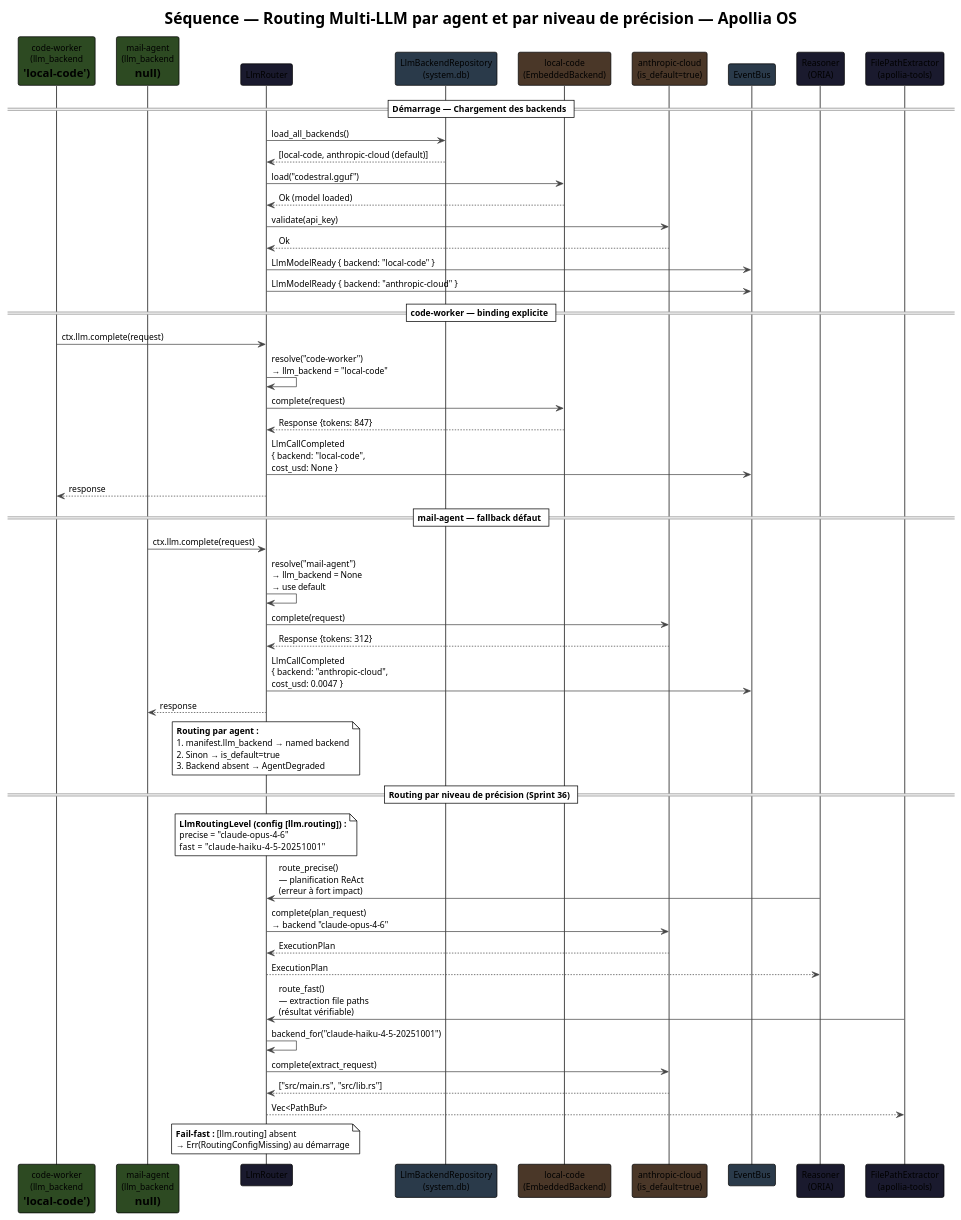
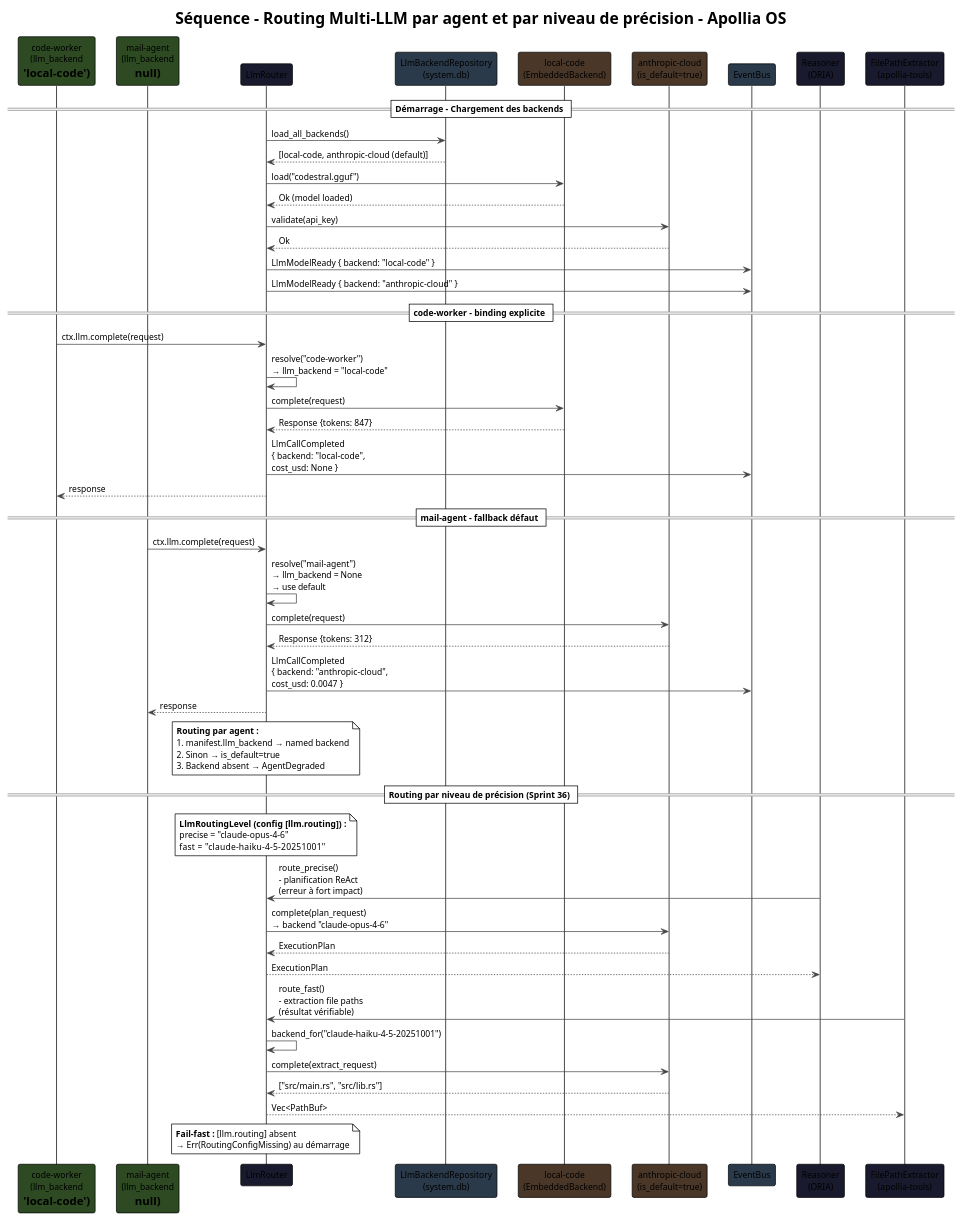
One commit to nidal-z/apollia-os changed the diagram in docs/diagrams/seq-multi-llm-routing.puml. Above: the diagram before and after it, drawn with PlantUML. The commit also changed 863 other files, not shown here.

```diff
--- a/docs/diagrams/seq-multi-llm-routing.puml
+++ b/docs/diagrams/seq-multi-llm-routing.puml
@@ -1,81 +1,81 @@
 @startuml seq-multi-llm-routing
 !theme plain
 skinparam backgroundColor #FFFFFF
 skinparam defaultFontName "JetBrains Mono"
 skinparam defaultFontSize 12
 skinparam ArrowColor #444444
 skinparam BorderColor #444444
-title Séquence — Routing Multi-LLM par agent et par niveau de précision — Apollia OS
+title Séquence - Routing Multi-LLM par agent et par niveau de précision - Apollia OS
 
 participant "code-worker\n(llm_backend\n= 'local-code')" as cw #2d4a22
 participant "mail-agent\n(llm_backend\n= null)" as ma #2d4a22
 participant "LlmRouter" as router #1a1a2e
 participant "LlmBackendRepository\n(system.db)" as repo #2a3a4a
 participant "local-code\n(EmbeddedBackend)" as local #4a3728
 participant "anthropic-cloud\n(is_default=true)" as cloud #4a3728
 participant "EventBus" as bus #2a3a4a
 
-== Démarrage — Chargement des backends ==
+== Démarrage - Chargement des backends ==
 
 router -> repo : load_all_backends()
 repo --> router : [local-code, anthropic-cloud (default)]
 router -> local : load("codestral.gguf")
 local --> router : Ok (model loaded)
 router -> cloud : validate(api_key)
 cloud --> router : Ok
 router -> bus : LlmModelReady { backend: "local-code" }
 router -> bus : LlmModelReady { backend: "anthropic-cloud" }
 
-== code-worker — binding explicite ==
+== code-worker - binding explicite ==
 
 cw -> router : ctx.llm.complete(request)
 router -> router : resolve("code-worker")\n→ llm_backend = "local-code"
 router -> local : complete(request)
 local --> router : Response {tokens: 847}
 router -> bus : LlmCallCompleted\n{ backend: "local-code",\ncost_usd: None }
 router --> cw : response
 
-== mail-agent — fallback défaut ==
+== mail-agent - fallback défaut ==
 
 ma -> router : ctx.llm.complete(request)
 router -> router : resolve("mail-agent")\n→ llm_backend = None\n→ use default
 router -> cloud : complete(request)
 cloud --> router : Response {tokens: 312}
 router -> bus : LlmCallCompleted\n{ backend: "anthropic-cloud",\ncost_usd: 0.0047 }
 router --> ma : response
 
 note over router
   **Routing par agent :**
   1. manifest.llm_backend → named backend
   2. Sinon → is_default=true
   3. Backend absent → AgentDegraded
 end note
 
 == Routing par niveau de précision (Sprint 36) ==
 
 participant "Reasoner\n(ORIA)" as reasoner #1a1a2e
 participant "FilePathExtractor\n(apollia-tools)" as fpe #1a1a2e
 
 note over router
   **LlmRoutingLevel (config [llm.routing]) :**
   precise = "claude-opus-4-6"
   fast    = "claude-haiku-4-5-20251001"
 end note
 
-reasoner -> router : route_precise()\n— planification ReAct\n(erreur à fort impact)
+reasoner -> router : route_precise()\n- planification ReAct\n(erreur à fort impact)
 router -> cloud : complete(plan_request)\n→ backend "claude-opus-4-6"
 cloud --> router : ExecutionPlan
 router --> reasoner : ExecutionPlan
 
-fpe -> router : route_fast()\n— extraction file paths\n(résultat vérifiable)
+fpe -> router : route_fast()\n- extraction file paths\n(résultat vérifiable)
 router -> router : backend_for("claude-haiku-4-5-20251001")
 router -> cloud : complete(extract_request)
 cloud --> router : ["src/main.rs", "src/lib.rs"]
 router --> fpe : Vec<PathBuf>
 
 note over router
   **Fail-fast :** [llm.routing] absent
   → Err(RoutingConfigMissing) au démarrage
 end note
 
 @enduml
```
